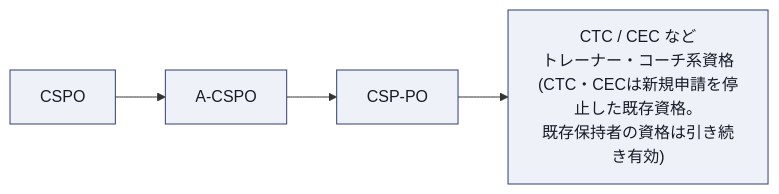
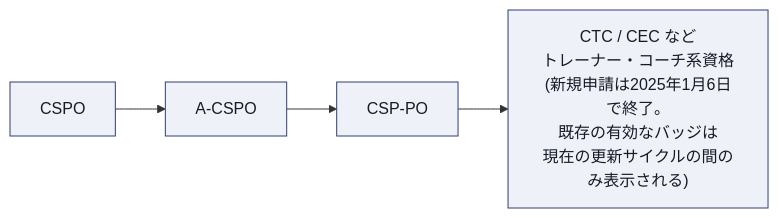
Before and after one commit to myoshi2891/Management-Team-Building-Studies: diagram 16 of 17 in A-cspo-advanced-certified-scrum-product-owner-study-guide.md, drawn with Mermaid. The commit also changed other lines of this file, not shown here.

First line of the commit message:
docs(a-cspo): 資格レベル表記・受験要件フロー・キャリアパス図を修正

````diff
--- a/A-cspo-advanced-certified-scrum-product-owner-study-guide.md
+++ b/A-cspo-advanced-certified-scrum-product-owner-study-guide.md
@@ -843,9 +850,9 @@
 ```mermaid
 flowchart LR
     CSPO["CSPO"] --> ACSPO["A-CSPO"]
     ACSPO --> CSPPO["CSP-PO"]
-    CSPPO --> CTC["CTC / CEC など<br/>トレーナー・コーチ系資格<br/>(CTC・CECは新規申請を停止した既存資格。<br/>既存保持者の資格は引き続き有効)"]
+    CSPPO --> CTC["CTC / CEC など<br/>トレーナー・コーチ系資格<br/>(新規申請は2025年1月6日で終了。<br/>既存の有効なバッジは<br/>現在の更新サイクルの間のみ表示される)"]
 
     classDef box fill:#EEF1F8,stroke:#2E3F72,color:#161B26
     class CSPO,ACSPO,CSPPO,CTC box
 ```
````
